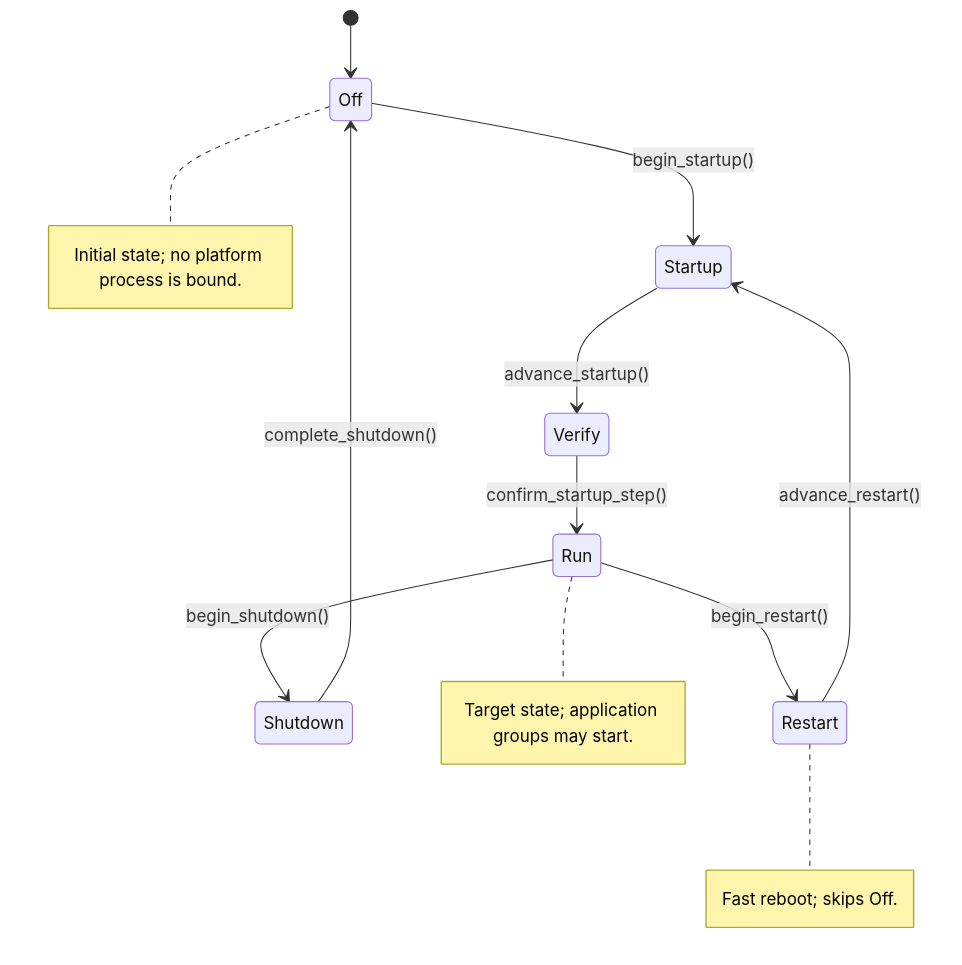
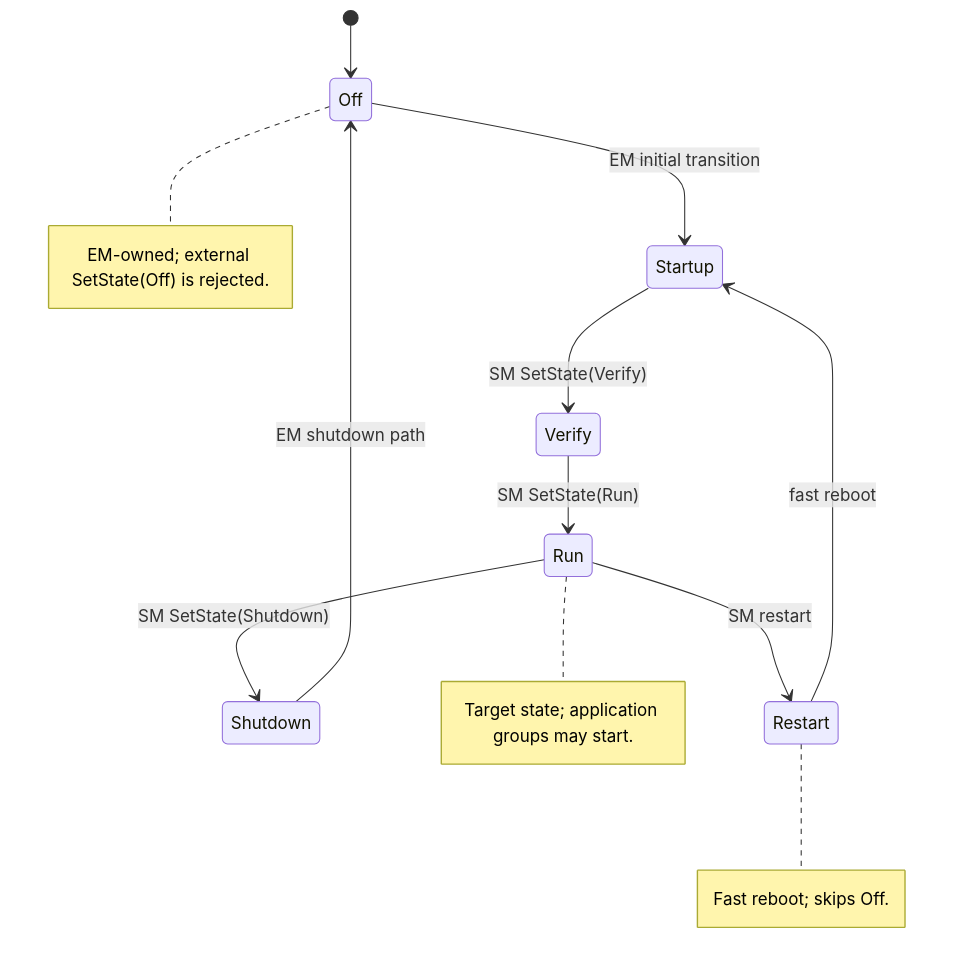
One commit to nexigen-tech/nexigen-cpp changed the fifth of 5 diagrams in docs/architecture.md. Above: the diagram before and after it, drawn with Mermaid. The commit also changed other lines of this file and 30 other files, not shown here.

````diff
--- a/docs/architecture.md
+++ b/docs/architecture.md
@@ -295,21 +304,21 @@
 ```mermaid
 stateDiagram-v2
     [*] --> Off
-    Off --> Startup: begin_startup()
-    Startup --> Verify: advance_startup()
-    Verify --> Run: confirm_startup_step()
-    Run --> Shutdown: begin_shutdown()
-    Shutdown --> Off: complete_shutdown()
-    Run --> Restart: begin_restart()
-    Restart --> Startup: advance_restart()
+    Off --> Startup: EM initial transition
+    Startup --> Verify: SM SetState(Verify)
+    Verify --> Run: SM SetState(Run)
+    Run --> Shutdown: SM SetState(Shutdown)
+    Shutdown --> Off: EM shutdown path
+    Run --> Restart: SM restart
+    Restart --> Startup: fast reboot
 
     note right of Off
-        Initial state; no platform process is bound.
+        EM-owned; external SetState(Off) is rejected.
     end note
     note right of Run
         Target state; application groups may start.
     end note
     note right of Restart
         Fast reboot; skips Off.
     end note
 ```
````
